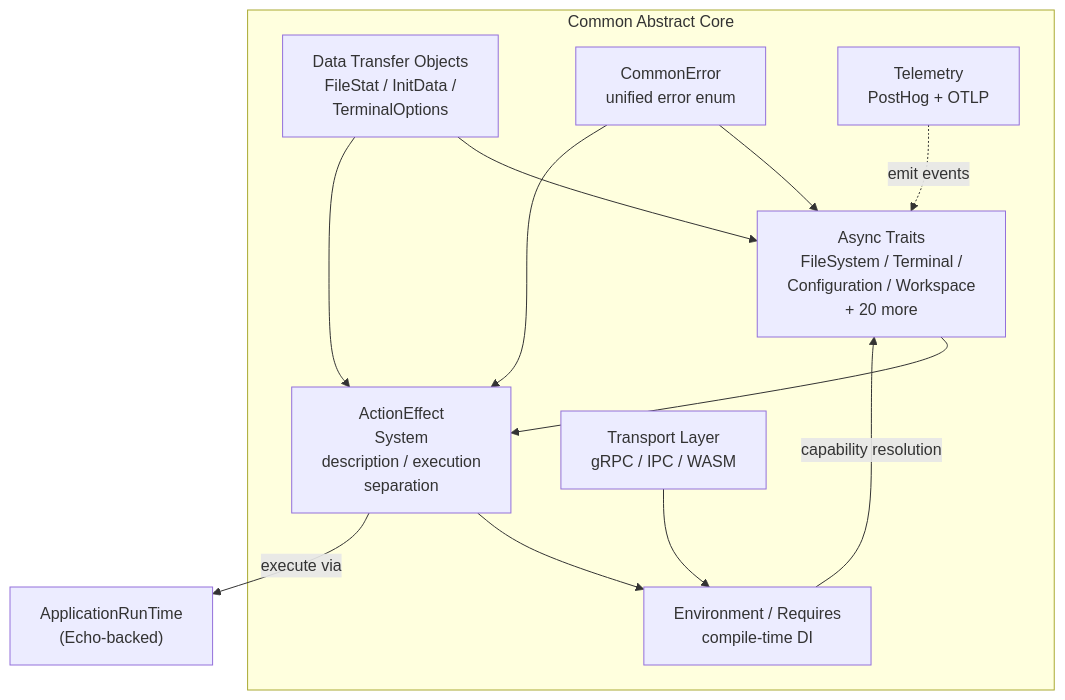
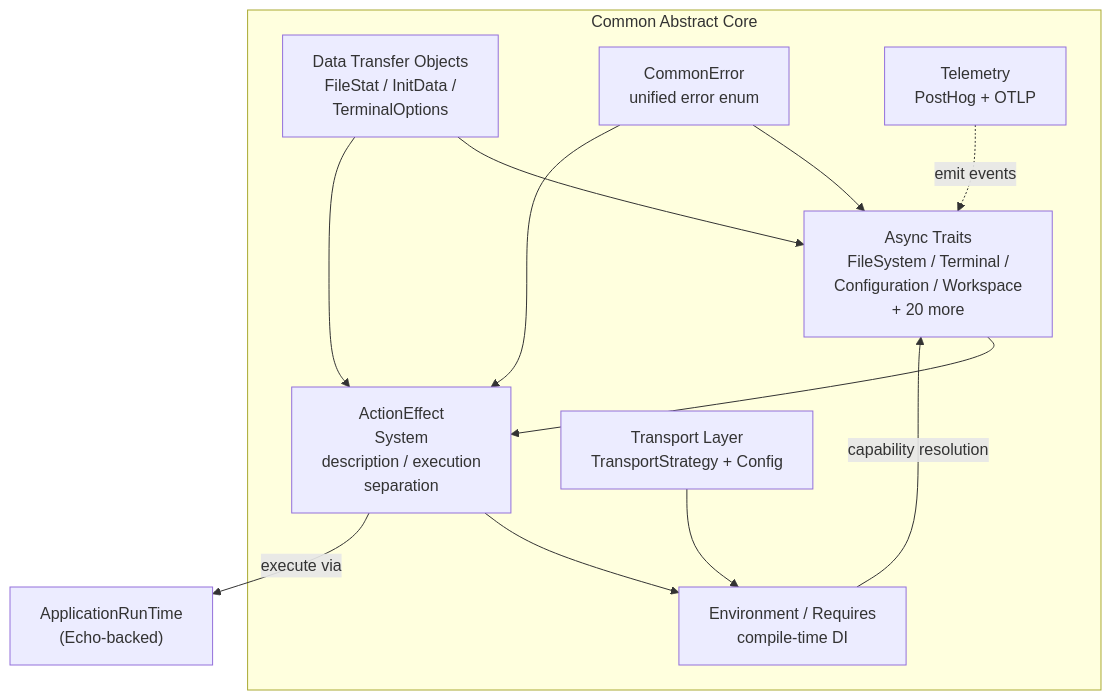
Before and after one commit to CodeEditorLand/Common: the diagram in Documentation/GitHub/Architecture.md, drawn with Mermaid. The commit also changed other lines of this file and 1 other file, not shown here.

First line of the commit message:
docs(Common): Refactor transport layer to trait-based abstraction

````diff
--- a/Documentation/GitHub/Architecture.md
+++ b/Documentation/GitHub/Architecture.md
@@ -31,24 +31,24 @@
 ```mermaid
 graph TB
     subgraph Common["Common Abstract Core"]
         TRAITS["Async Traits<br/>FileSystem / Terminal /<br/>Configuration / Workspace<br/>+ 20 more"]
         AE["ActionEffect<br/>System<br/>description / execution<br/>separation"]
         ENV["Environment / Requires<br/>compile-time DI"]
         DTO["Data Transfer Objects<br/>FileStat / InitData /<br/>TerminalOptions"]
         ERR["CommonError<br/>unified error enum"]
-        TRANS["Transport Layer<br/>gRPC / IPC / WASM"]
+        TRANS["Transport Layer<br/>TransportStrategy + Config"]
         TEL["Telemetry<br/>PostHog + OTLP"]
 
         TRAITS --> AE
         AE --> ENV
         ENV -->|"capability resolution"| TRAITS
         DTO --> TRAITS
         DTO --> AE
         ERR --> TRAITS
         ERR --> AE
         TRANS --> ENV
         TEL -.->|"emit events"| TRAITS
     end
 
     AE -->|"execute via"| RUNTIME["ApplicationRunTime<br/>(Echo-backed)"]
 ```
````
